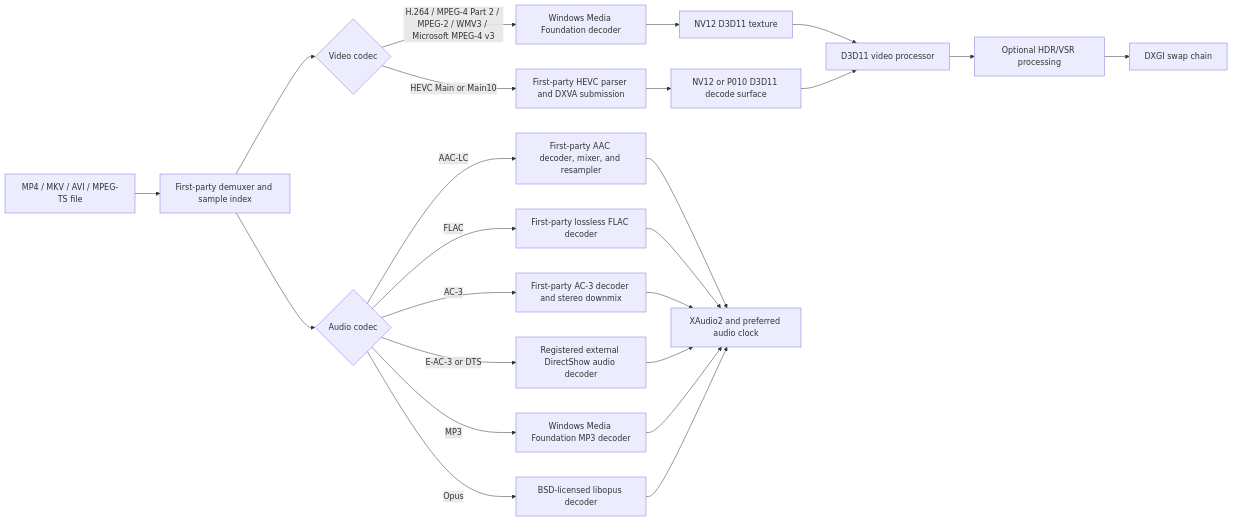
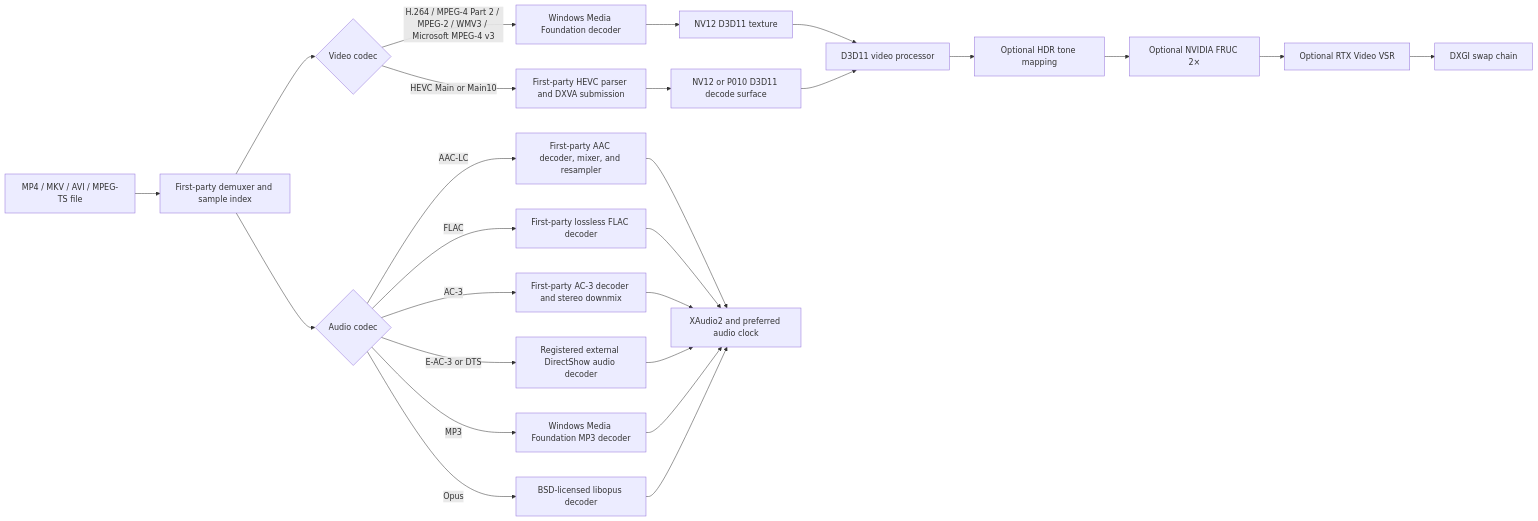
The first of 2 diagrams in docs/MoviePlayer-Wiki.md (tklee000/movieplayer), drawn with Mermaid before and after one commit. The commit also changed other lines of this file and 27 other files, not shown here.

````diff
--- a/docs/MoviePlayer-Wiki.md
+++ b/docs/MoviePlayer-Wiki.md
@@ -52,26 +52,28 @@
 ```mermaid
 flowchart LR
     A["MP4 / MKV / AVI / MPEG-TS file"] --> B["First-party demuxer and sample index"]
     B --> C{"Video codec"}
     C -->|"H.264 / MPEG-4 Part 2 / MPEG-2 / WMV3 / Microsoft MPEG-4 v3"| D["Windows Media Foundation decoder"]
     C -->|"HEVC Main or Main10"| E["First-party HEVC parser and DXVA submission"]
     D --> F["NV12 D3D11 texture"]
     E --> G["NV12 or P010 D3D11 decode surface"]
     F --> H["D3D11 video processor"]
     G --> H
-    H --> I["Optional HDR/VSR processing"]
-    I --> J["DXGI swap chain"]
+    H --> I["Optional HDR tone mapping"]
+    I --> S["Optional NVIDIA FRUC 2×"]
+    S --> T["Optional RTX Video VSR"]
+    T --> J["DXGI swap chain"]
     B --> K{"Audio codec"}
     K -->|"AAC-LC"| L["First-party AAC decoder, mixer, and resampler"]
     K -->|"FLAC"| Q["First-party lossless FLAC decoder"]
     K -->|"AC-3"| P["First-party AC-3 decoder and stereo downmix"]
     K -->|"E-AC-3 or DTS"| R["Registered external DirectShow audio decoder"]
     K -->|"MP3"| M["Windows Media Foundation MP3 decoder"]
     K -->|"Opus"| O["BSD-licensed libopus decoder"]
     L --> N["XAudio2 and preferred audio clock"]
     Q --> N
     P --> N
     R --> N
     M --> N
     O --> N
 ```
````
